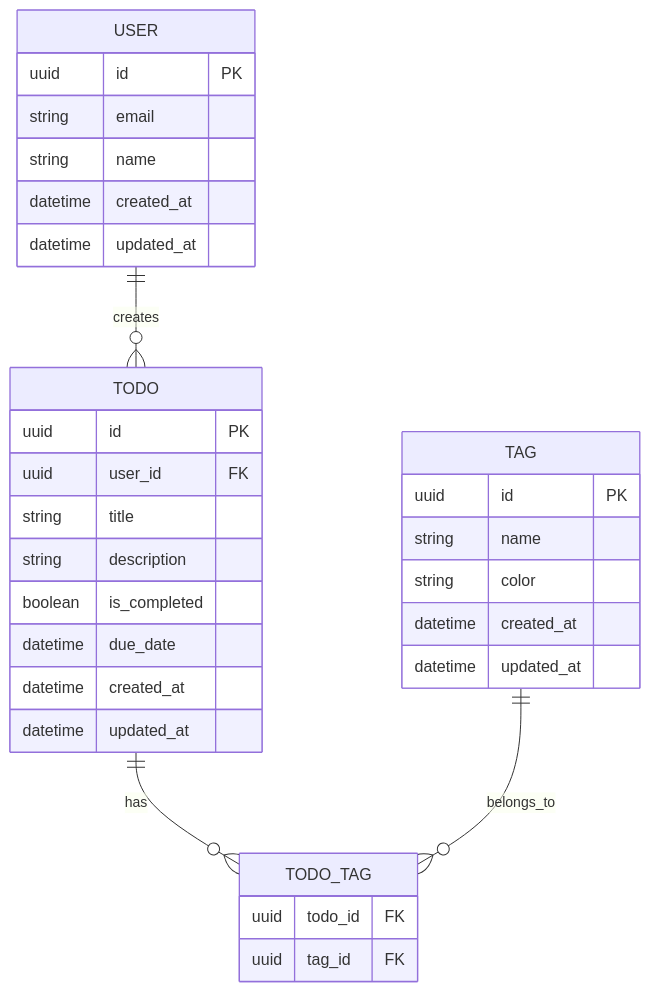
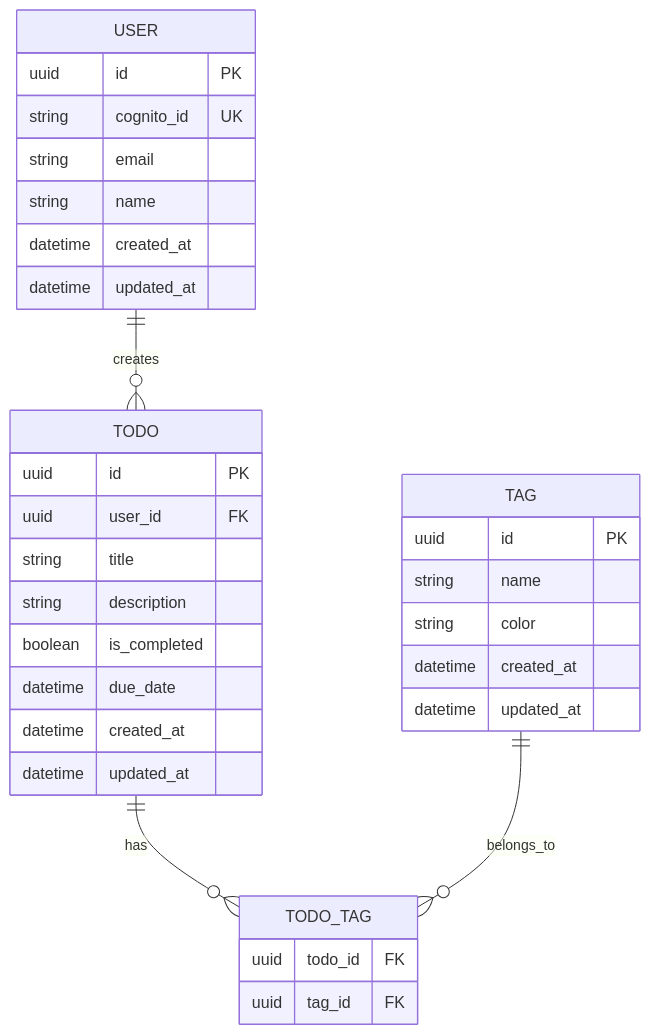
The first of 2 diagrams in remix/README.md (ANTON072/Todo-App), drawn with Mermaid before and after one commit. The commit also changed other lines of this file, not shown here.

Commit message:
Add authentication flow diagram and update user entity in README.md

````diff
--- a/remix/README.md
+++ b/remix/README.md
@@ -21,34 +21,35 @@
 ```mermaid
 erDiagram
     USER ||--o{ TODO : creates
     USER {
         uuid id PK
+        string cognito_id UK
         string email
         string name
         datetime created_at
         datetime updated_at
     }
     TODO ||--o{ TODO_TAG : has
     TODO {
         uuid id PK
         uuid user_id FK
         string title
         string description
         boolean is_completed
         datetime due_date
         datetime created_at
         datetime updated_at
     }
     TAG ||--o{ TODO_TAG : belongs_to
     TAG {
         uuid id PK
         string name
         string color
         datetime created_at
         datetime updated_at
     }
     TODO_TAG {
         uuid todo_id FK
         uuid tag_id FK
     }
 ```
````
